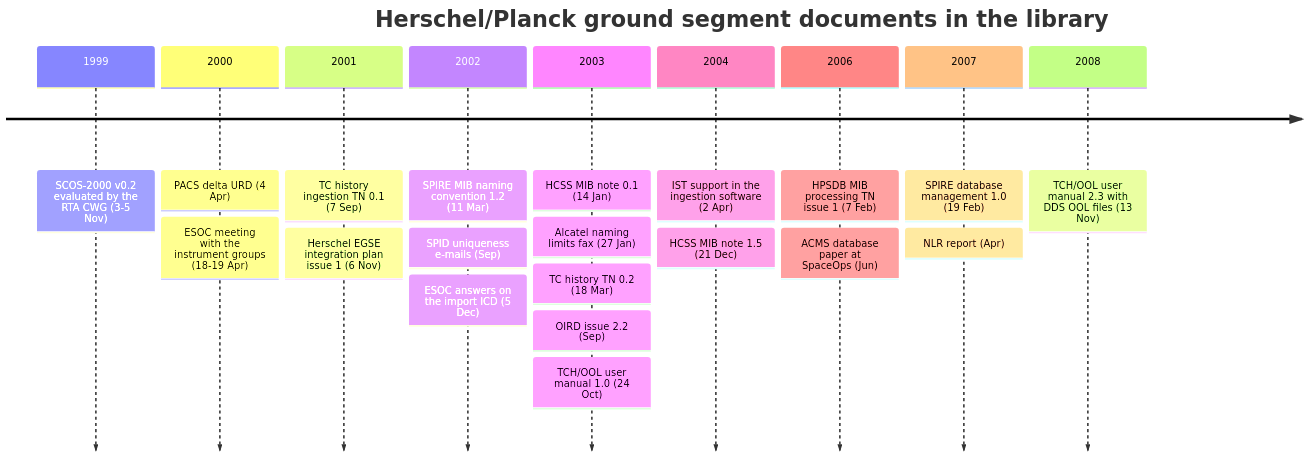
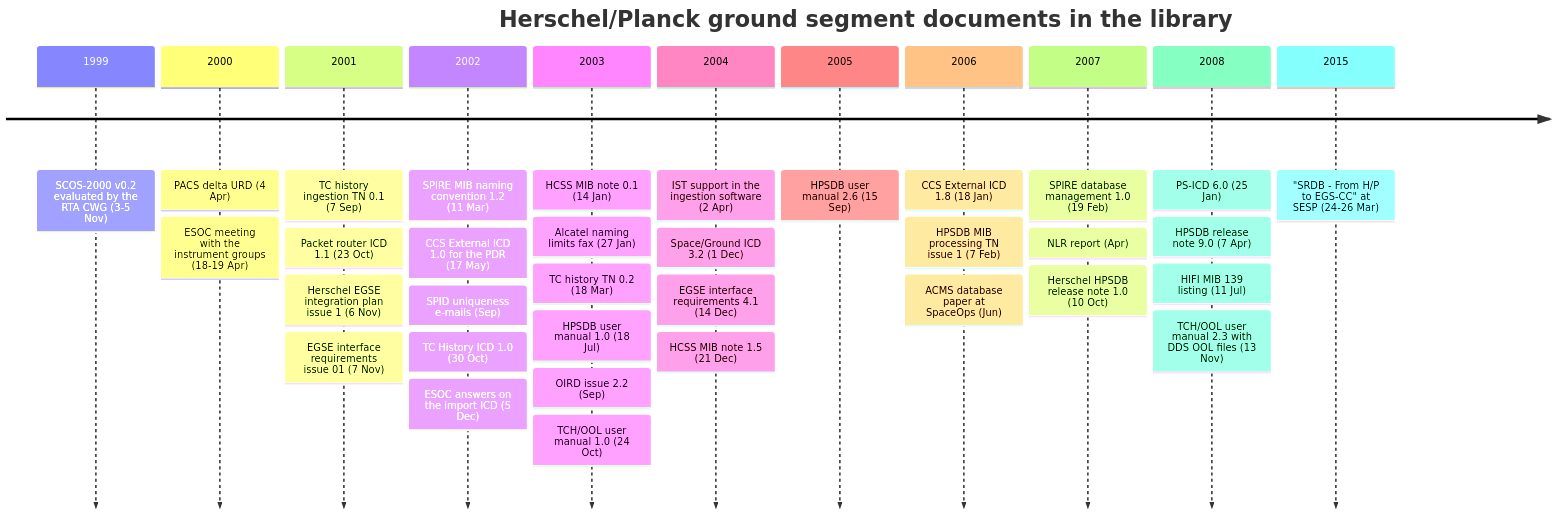
One commit to feiteira/OPEN-SPACE-INFO changed the first of 4 diagrams in docs/scos2000/herschel-planck-ground.md. Above: the diagram before and after it, drawn with Mermaid. The commit also changed other lines of this file and 1311 other files, not shown here.

````diff
--- a/docs/scos2000/herschel-planck-ground.md
+++ b/docs/scos2000/herschel-planck-ground.md
@@ -46,13 +59,15 @@
 ```mermaid
 timeline
     title Herschel/Planck ground segment documents in the library
     1999 : SCOS-2000 v0.2 evaluated by the RTA CWG (3-5 Nov)
     2000 : PACS delta URD (4 Apr) : ESOC meeting with the instrument groups (18-19 Apr)
-    2001 : TC history ingestion TN 0.1 (7 Sep) : Herschel EGSE integration plan issue 1 (6 Nov)
-    2002 : SPIRE MIB naming convention 1.2 (11 Mar) : SPID uniqueness e-mails (Sep) : ESOC answers on the import ICD (5 Dec)
-    2003 : HCSS MIB note 0.1 (14 Jan) : Alcatel naming limits fax (27 Jan) : TC history TN 0.2 (18 Mar) : OIRD issue 2.2 (Sep) : TCH/OOL user manual 1.0 (24 Oct)
-    2004 : IST support in the ingestion software (2 Apr) : HCSS MIB note 1.5 (21 Dec)
-    2006 : HPSDB MIB processing TN issue 1 (7 Feb) : ACMS database paper at SpaceOps (Jun)
-    2007 : SPIRE database management 1.0 (19 Feb) : NLR report (Apr)
-    2008 : TCH/OOL user manual 2.3 with DDS OOL files (13 Nov)
+    2001 : TC history ingestion TN 0.1 (7 Sep) : Packet router ICD 1.1 (23 Oct) : Herschel EGSE integration plan issue 1 (6 Nov) : EGSE interface requirements issue 01 (7 Nov)
+    2002 : SPIRE MIB naming convention 1.2 (11 Mar) : CCS External ICD 1.0 for the PDR (17 May) : SPID uniqueness e-mails (Sep) : TC History ICD 1.0 (30 Oct) : ESOC answers on the import ICD (5 Dec)
+    2003 : HCSS MIB note 0.1 (14 Jan) : Alcatel naming limits fax (27 Jan) : TC history TN 0.2 (18 Mar) : HPSDB user manual 1.0 (18 Jul) : OIRD issue 2.2 (Sep) : TCH/OOL user manual 1.0 (24 Oct)
+    2004 : IST support in the ingestion software (2 Apr) : Space/Ground ICD 3.2 (1 Dec) : EGSE interface requirements 4.1 (14 Dec) : HCSS MIB note 1.5 (21 Dec)
+    2005 : HPSDB user manual 2.6 (15 Sep)
+    2006 : CCS External ICD 1.8 (18 Jan) : HPSDB MIB processing TN issue 1 (7 Feb) : ACMS database paper at SpaceOps (Jun)
+    2007 : SPIRE database management 1.0 (19 Feb) : NLR report (Apr) : Herschel HPSDB release note 1.0 (10 Oct)
+    2008 : PS-ICD 6.0 (25 Jan) : HPSDB release note 9.0 (7 Apr) : HIFI MIB 139 listing (11 Jul) : TCH/OOL user manual 2.3 with DDS OOL files (13 Nov)
+    2015 : "SRDB - From H/P to EGS-CC" at SESP (24-26 Mar)
 ```
````
